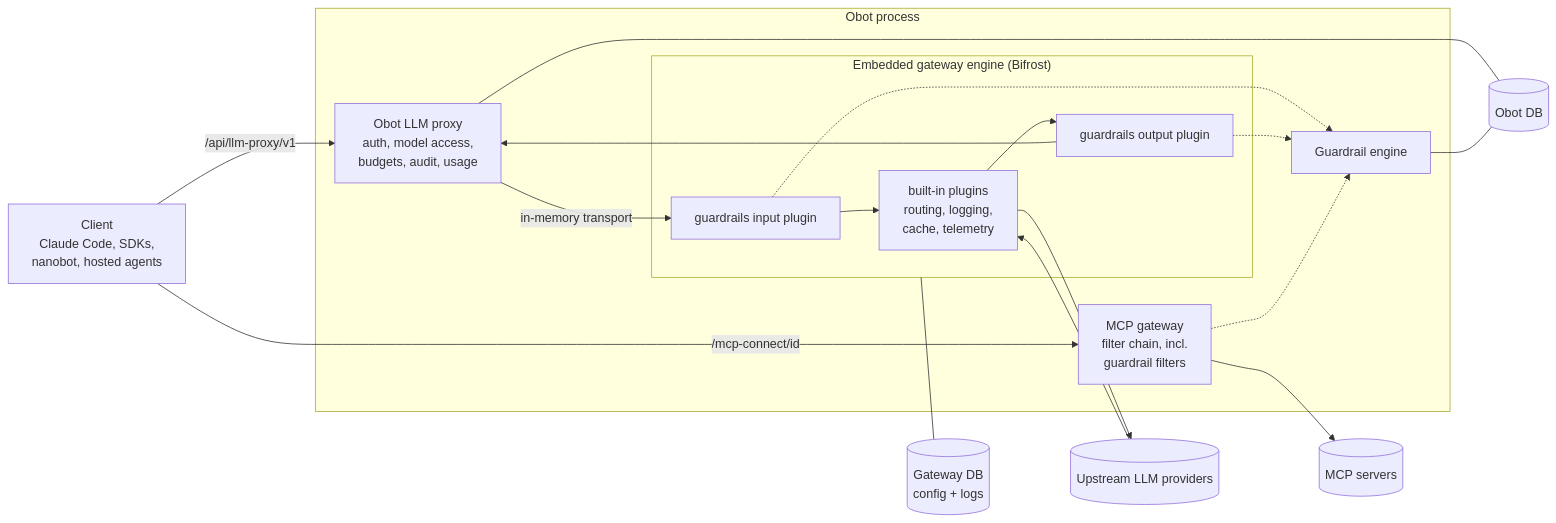
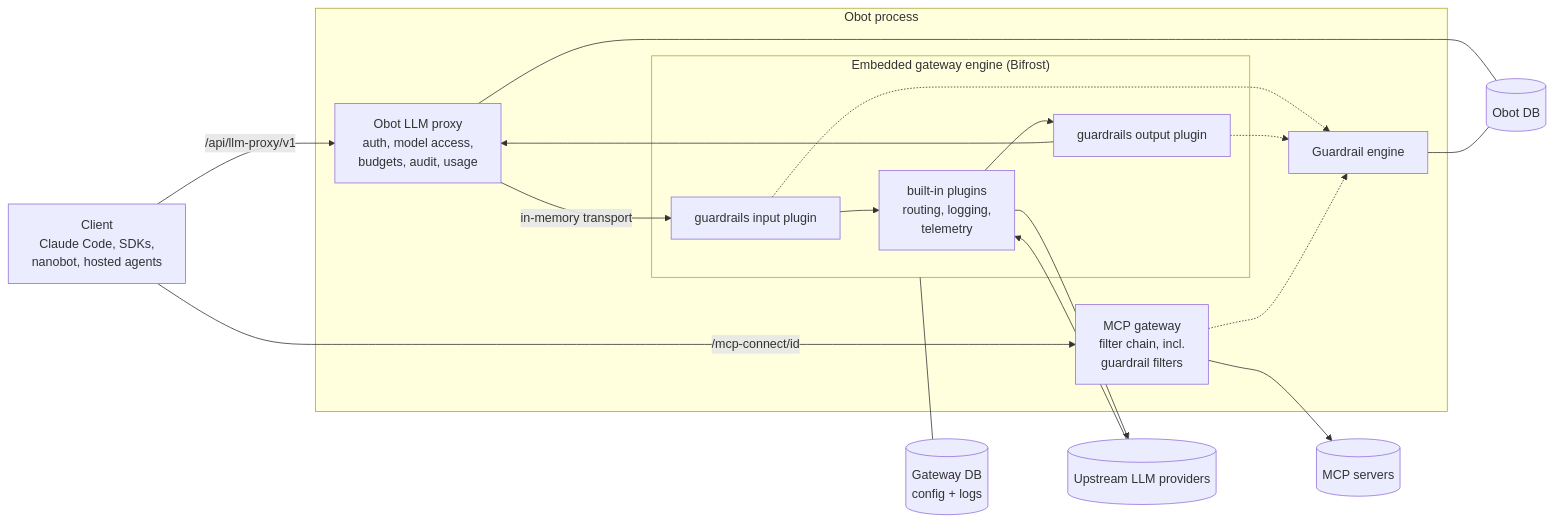
Before and after one commit to cjellick/obot: the first of 2 diagrams in design-proposals/2026-09-27-llm-gateway-budgets-guardrails.md, drawn with Mermaid. The commit also changed other lines of this file and 17 other files, not shown here.

````diff
--- a/design-proposals/2026-09-27-llm-gateway-budgets-guardrails.md
+++ b/design-proposals/2026-09-27-llm-gateway-budgets-guardrails.md
@@ -151,29 +149,29 @@
 ```mermaid
 flowchart LR
     client[Client<br/>Claude Code, SDKs,<br/>nanobot, hosted agents]
     subgraph obot[Obot process]
         proxy["Obot LLM proxy<br/>auth, model access,<br/>budgets, audit, usage"]
         subgraph engine["Embedded gateway engine (Bifrost)"]
             gin[guardrails input plugin]
-            builtin["built-in plugins<br/>routing, logging,<br/>cache, telemetry"]
+            builtin["built-in plugins<br/>routing, logging,<br/>telemetry"]
             gout[guardrails output plugin]
         end
         ge[Guardrail engine]
         mcpgw["MCP gateway<br/>filter chain, incl.<br/>guardrail filters"]
     end
     providers[(Upstream LLM providers)]
     mcps[(MCP servers)]
     db[(Obot DB)]
     bdb[(Gateway DB<br/>config + logs)]
 
     client -->|/api/llm-proxy/v1| proxy
     proxy -->|in-memory transport| gin --> builtin --> providers
     providers --> builtin --> gout --> proxy
     gin -.-> ge
     gout -.-> ge
     client -->|/mcp-connect/id| mcpgw --> mcps
     mcpgw -.-> ge
     proxy --- db
     ge --- db
     engine --- bdb
 ```
````
